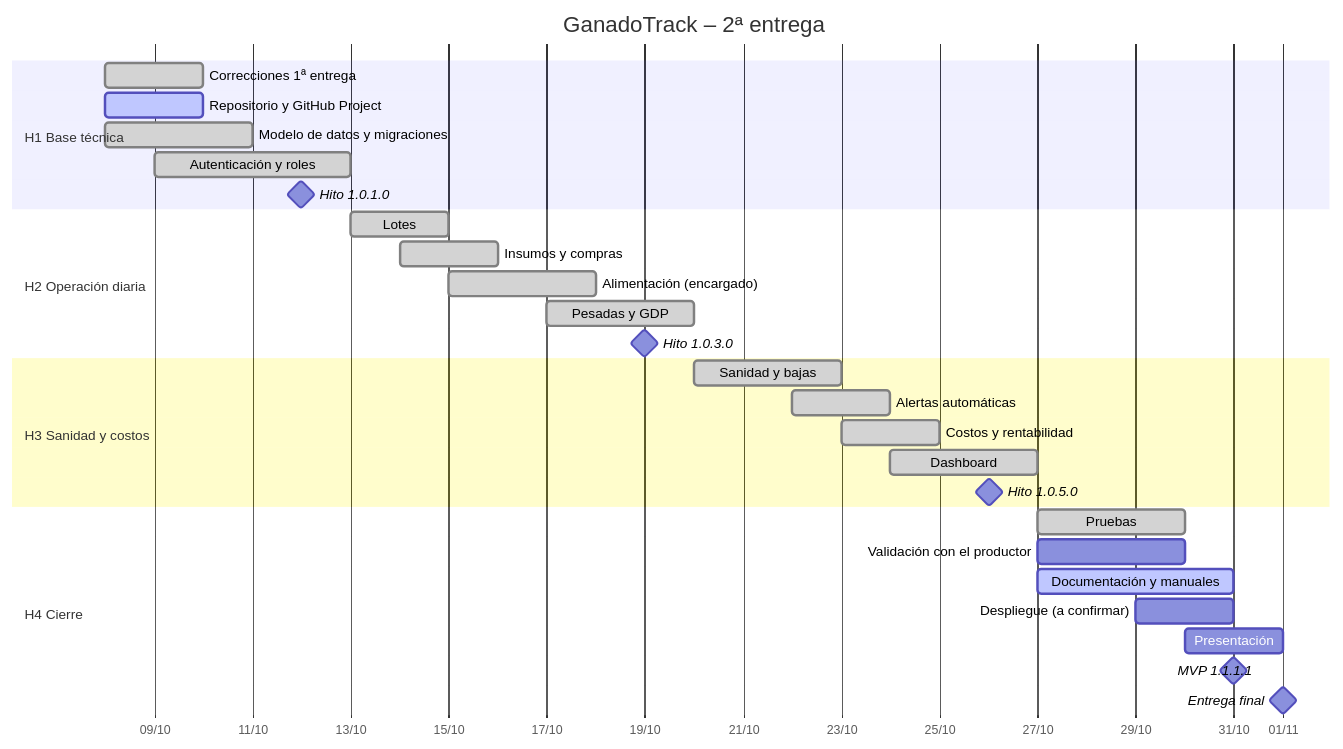
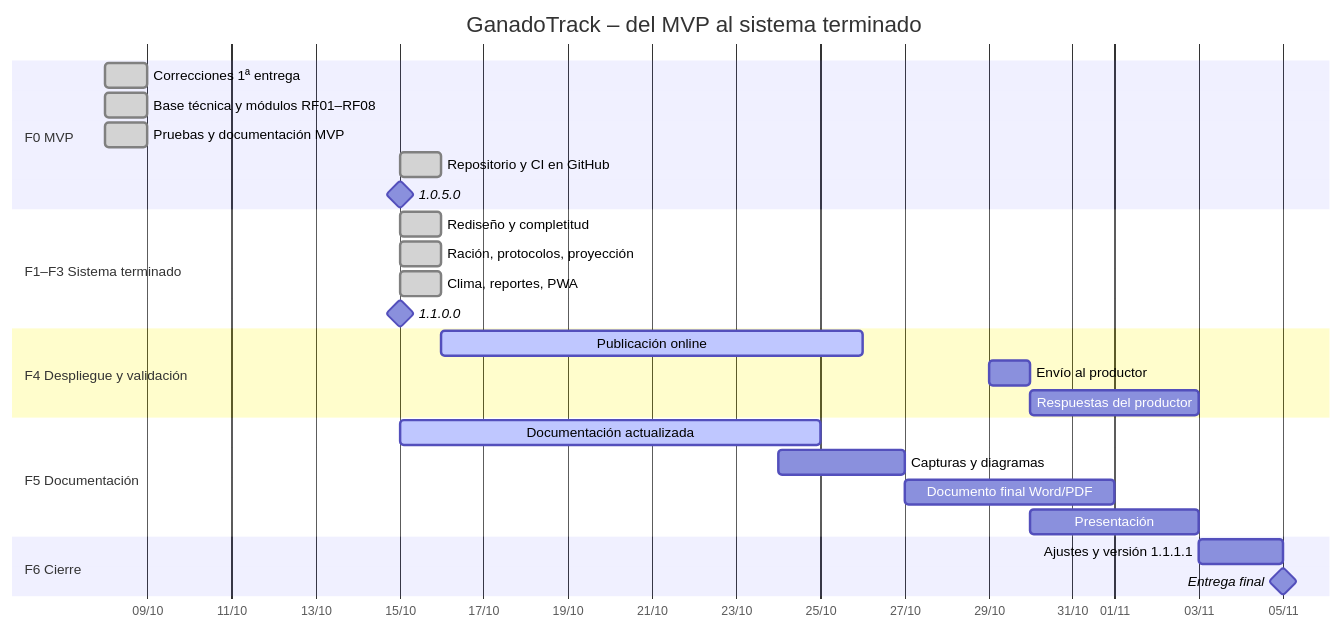
The diagram in docs/entrega2/14-cronograma.md (mateogit114730/ganadotrack), drawn with Mermaid before and after one commit. The commit also changed other lines of this file and 16 other files, not shown here.

Commit message:
#15 - Documentación de la versión final: RF09–RF14, CU15–CU22, modelo de datos, arquitectura y despliegue, API, pruebas CP-45–85, manuales, cronograma, seguimiento, resultados y README

````diff
--- a/docs/entrega2/14-cronograma.md
+++ b/docs/entrega2/14-cronograma.md
@@ -44,36 +59,34 @@
 ```mermaid
 gantt
-  title GanadoTrack – 2ª entrega
+  title GanadoTrack – del MVP al sistema terminado
   dateFormat YYYY-MM-DD
   axisFormat %d/%m
 
-  section H1 Base técnica
-  Correcciones 1ª entrega        :done, t1, 2026-10-08, 2d
-  Repositorio y GitHub Project   :active, t2, 2026-10-08, 2d
-  Modelo de datos y migraciones  :done, t3, 2026-10-08, 3d
-  Autenticación y roles          :done, t4, 2026-10-09, 4d
-  Hito 1.0.1.0                   :milestone, m1, 2026-10-12, 0d
+  section F0 MVP
+  Correcciones 1ª entrega          :done, t1, 2026-10-08, 1d
+  Base técnica y módulos RF01–RF08 :done, t3, 2026-10-08, 1d
+  Pruebas y documentación MVP      :done, t13, 2026-10-08, 1d
+  Repositorio y CI en GitHub       :done, t2, 2026-10-15, 1d
+  1.0.5.0                          :milestone, m0, 2026-10-15, 0d
 
-  section H2 Operación diaria
-  Lotes                          :done, t5, 2026-10-13, 2d
-  Insumos y compras              :done, t6, 2026-10-14, 2d
-  Alimentación (encargado)       :done, t7, 2026-10-15, 3d
-  Pesadas y GDP                  :done, t8, 2026-10-17, 3d
-  Hito 1.0.3.0                   :milestone, m2, 2026-10-19, 0d
+  section F1–F3 Sistema terminado
+  Rediseño y completitud           :done, t18, 2026-10-15, 1d
+  Ración, protocolos, proyección   :done, t20, 2026-10-15, 1d
+  Clima, reportes, PWA             :done, t23, 2026-10-15, 1d
+  1.1.0.0                          :milestone, m3, 2026-10-15, 0d
 
-  section H3 Sanidad y costos
-  Sanidad y bajas                :done, t9, 2026-10-20, 3d
-  Alertas automáticas            :done, t10, 2026-10-22, 2d
-  Costos y rentabilidad          :done, t11, 2026-10-23, 2d
-  Dashboard                      :done, t12, 2026-10-24, 3d
-  Hito 1.0.5.0                   :milestone, m3, 2026-10-26, 0d
+  section F4 Despliegue y validación
+  Publicación online               :active, t16, 2026-10-16, 10d
+  Envío al productor               :t14a, 2026-10-29, 1d
+  Respuestas del productor         :t14b, 2026-10-30, 4d
 
-  section H4 Cierre
-  Pruebas                        :done, t13, 2026-10-27, 3d
-  Validación con el productor    :t14, 2026-10-27, 3d
-  Documentación y manuales       :active, t15, 2026-10-27, 4d
-  Despliegue (a confirmar)       :t16, 2026-10-29, 2d
-  Presentación                   :t17, 2026-10-30, 2d
-  MVP 1.1.1.1                    :milestone, m4, 2026-10-31, 0d
-  Entrega final                  :milestone, m5, 2026-11-01, 0d
+  section F5 Documentación
+  Documentación actualizada        :active, t15, 2026-10-15, 10d
+  Capturas y diagramas             :t28, 2026-10-24, 3d
+  Documento final Word/PDF         :t27, 2026-10-27, 5d
+  Presentación                     :t17, 2026-10-30, 4d
+
+  section F6 Cierre
+  Ajustes y versión 1.1.1.1        :t29, 2026-11-03, 2d
+  Entrega final                    :milestone, m6, 2026-11-05, 0d
 ```
````
